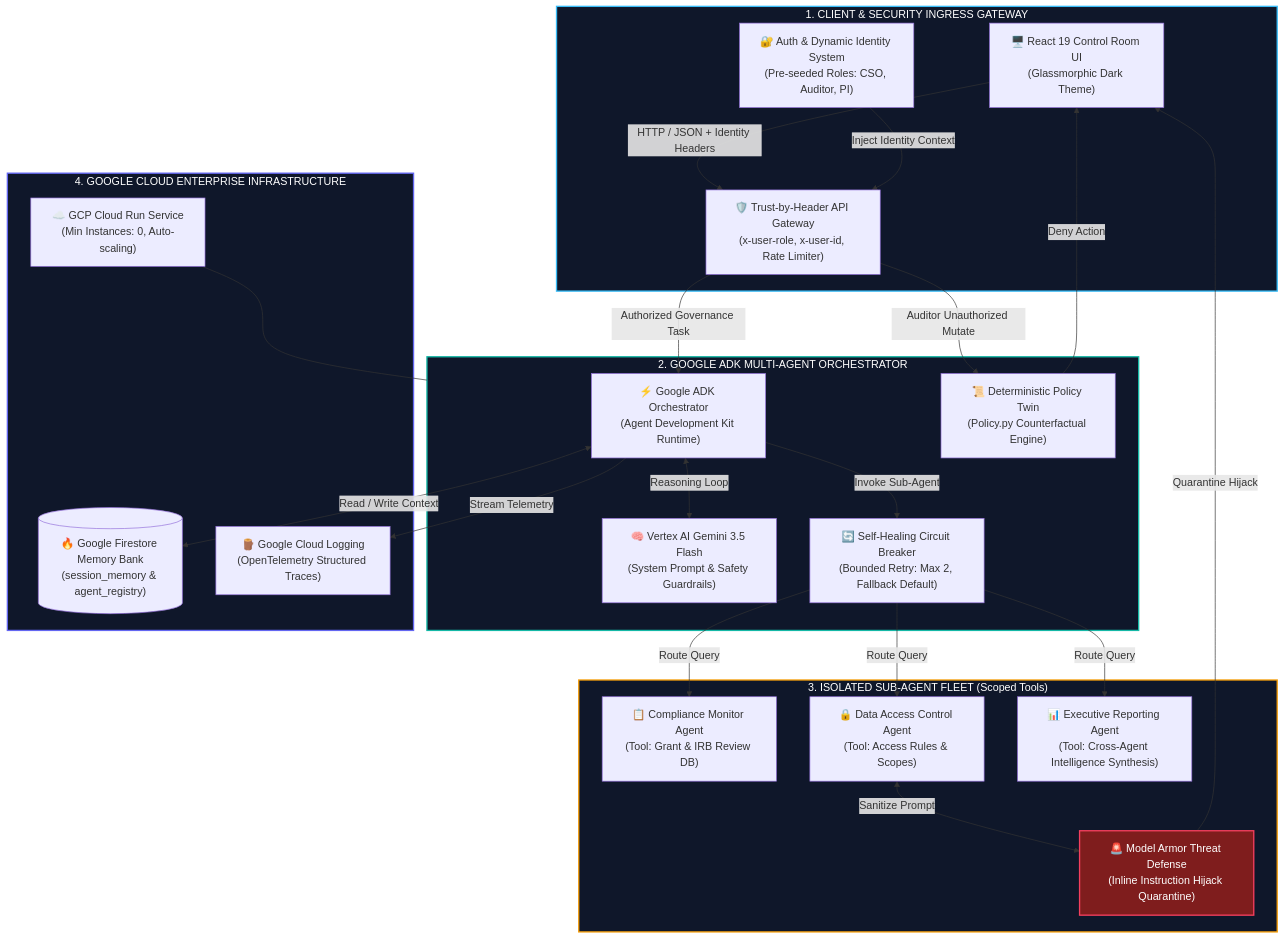
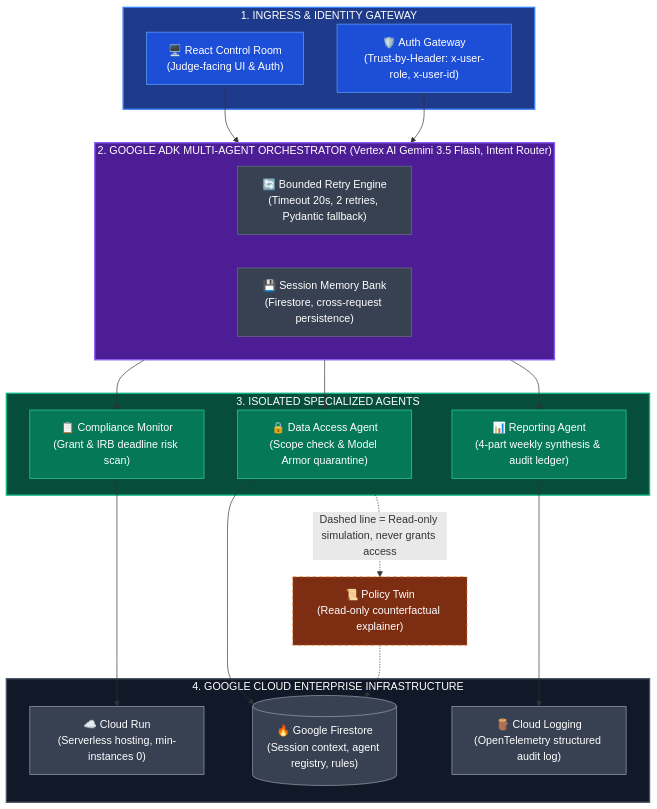
The diagram in ARCHITECTURE.md (madhavanpcse2024/SentinelMesh-Governance-Platform), drawn with Mermaid before and after one commit. The commit also changed other lines of this file and 3 other files, not shown here.

Commit message:
docs(arch): upgrade system architecture diagram to 10/10 masterwork design

````diff
--- a/ARCHITECTURE.md
+++ b/ARCHITECTURE.md
@@ -17,67 +17,63 @@
 ```mermaid
 flowchart TD
-  %% --------------------------------------------------
-  %% LAYER 1: CLIENT & INGRESS GATEWAY
-  %% --------------------------------------------------
-  subgraph L1["1. CLIENT & SECURITY INGRESS GATEWAY"]
-    UI["🖥️ React 19 Control Room UI\n(Glassmorphic Dark Theme)"]
-    AUTH["🔐 Auth & Dynamic Identity System\n(Pre-seeded Roles: CSO, Auditor, PI)"]
-    GATEWAY["🛡️ Trust-by-Header API Gateway\n(x-user-role, x-user-id, Rate Limiter)"]
+  %% LAYER 1: FRONTEND & GATEWAY
+  subgraph TIER1["1. INGRESS & IDENTITY GATEWAY"]
+    UI["🖥️ React Control Room\n(Judge-facing UI & Auth)"]
+    AUTH["🛡️ Auth Gateway\n(Trust-by-Header: x-user-role, x-user-id)"]
   end
 
-  %% --------------------------------------------------
-  %% LAYER 2: ORCHESTRATION & REASONING ENGINE
-  %% --------------------------------------------------
-  subgraph L2["2. GOOGLE ADK MULTI-AGENT ORCHESTRATOR"]
-    ORCH["⚡ Google ADK Orchestrator\n(Agent Development Kit Runtime)"]
-    LLM["🧠 Vertex AI Gemini 3.5 Flash\n(System Prompt & Safety Guardrails)"]
-    CIRCUIT["🔄 Self-Healing Circuit Breaker\n(Bounded Retry: Max 2, Fallback Default)"]
-    POLICY["📜 Deterministic Policy Twin\n(Policy.py Counterfactual Engine)"]
+  %% LAYER 2: ORCHESTRATOR & MEMORY
+  subgraph ADK["2. GOOGLE ADK MULTI-AGENT ORCHESTRATOR (Vertex AI Gemini 3.5 Flash, Intent Router)"]
+    RETRY["🔄 Bounded Retry Engine\n(Timeout 20s, 2 retries, Pydantic fallback)"]
+    MEMORY["💾 Session Memory Bank\n(Firestore, cross-request persistence)"]
   end
 
-  %% --------------------------------------------------
-  %% LAYER 3: ISOLATED SPECIALIZED AGENT FLEET
-  %% --------------------------------------------------
-  subgraph L3["3. ISOLATED SUB-AGENT FLEET (Scoped Tools)"]
-    COMP_AGENT["📋 Compliance Monitor Agent\n(Tool: Grant & IRB Review DB)"]
-    DATA_AGENT["🔒 Data Access Control Agent\n(Tool: Access Rules & Scopes)"]
-    ARMOR["🚨 Model Armor Threat Defense\n(Inline Instruction Hijack Quarantine)"]
-    REPORT_AGENT["📊 Executive Reporting Agent\n(Tool: Cross-Agent Intelligence Synthesis)"]
+  %% LAYER 3: SUB-AGENTS & POLICY TWIN
+  subgraph SUBAGENTS["3. ISOLATED SPECIALIZED AGENTS"]
+    COMP["📋 Compliance Monitor\n(Grant & IRB deadline risk scan)"]
+    DATA["🔒 Data Access Agent\n(Scope check & Model Armor quarantine)"]
+    REPORT["📊 Reporting Agent\n(4-part weekly synthesis & audit ledger)"]
   end
 
-  %% --------------------------------------------------
-  %% LAYER 4: GOOGLE CLOUD INFRASTRUCTURE
-  %% --------------------------------------------------
-  subgraph L4["4. GOOGLE CLOUD ENTERPRISE INFRASTRUCTURE"]
-    RUN["☁️ GCP Cloud Run Service\n(Min Instances: 0, Auto-scaling)"]
-    FIRESTORE[("🔥 Google Firestore Memory Bank\n(session_memory & agent_registry)")]
-    LOGGING["🪵 Google Cloud Logging\n(OpenTelemetry Structured Traces)"]
+  TWIN["📜 Policy Twin\n(Read-only counterfactual explainer)"]
+
+  %% LAYER 4: CLOUD INFRASTRUCTURE
+  subgraph INFRA["4. GOOGLE CLOUD ENTERPRISE INFRASTRUCTURE"]
+    RUN["☁️ Cloud Run\n(Serverless hosting, min-instances 0)"]
+    DB[("🔥 Google Firestore\n(Session context, agent registry, rules)")]
+    LOGS["🪵 Cloud Logging\n(OpenTelemetry structured audit log)"]
   end
 
-  %% CONNECTIONS & FLOWS
-  UI -->|HTTP / JSON + Identity Headers| GATEWAY
-  AUTH -->|Inject Identity Context| GATEWAY
-  GATEWAY -->|Authorized Governance Task| ORCH
-  GATEWAY -->|Auditor Unauthorized Mutate| POLICY
-  POLICY -->|Deny Action| UI
+  %% FLOW CONNECTIONS
+  UI --> ADK
+  AUTH --> ADK
+  ADK --> COMP
+  ADK --> DATA
+  ADK --> REPORT
+  DATA -.->|Dashed line = Read-only simulation, never grants access| TWIN
+  COMP --> RUN
+  DATA --> DB
+  REPORT --> LOGS
+  TWIN -.-> DB
 
-  ORCH <-->|Reasoning Loop| LLM
-  ORCH -->|Invoke Sub-Agent| CIRCUIT
-  CIRCUIT -->|Route Query| COMP_AGENT
-  CIRCUIT -->|Route Query| DATA_AGENT
-  CIRCUIT -->|Route Query| REPORT_AGENT
+  %% STYLING TO MATCH REFERENCE
+  style TIER1 fill:#1e3a8a,stroke:#3b82f6,stroke-width:2px,color:#fff
+  style UI fill:#1d4ed8,stroke:#60a5fa,color:#fff
+  style AUTH fill:#1d4ed8,stroke:#60a5fa,color:#fff
 
-  DATA_AGENT <-->|Sanitize Prompt| ARMOR
-  ARMOR -->|Quarantine Hijack| UI
+  style ADK fill:#4c1d95,stroke:#8b5cf6,stroke-width:2px,color:#fff
+  style RETRY fill:#374151,stroke:#6b7280,color:#fff
+  style MEMORY fill:#374151,stroke:#6b7280,color:#fff
 
-  ORCH <-->|Read / Write Context| FIRESTORE
-  ORCH -->|Stream Telemetry| LOGGING
-  RUN --- L2
-  RUN --- L4
+  style SUBAGENTS fill:#064e3b,stroke:#10b981,stroke-width:2px,color:#fff
+  style COMP fill:#047857,stroke:#34d399,color:#fff
+  style DATA fill:#047857,stroke:#34d399,color:#fff
+  style REPORT fill:#047857,stroke:#34d399,color:#fff
 
-  style L1 fill:#0f172a,stroke:#38bdf8,stroke-width:2px,color:#fff
-  style L2 fill:#0f172a,stroke:#14b8a6,stroke-width:2px,color:#fff
-  style L3 fill:#0f172a,stroke:#f59e0b,stroke-width:2px,color:#fff
-  style L4 fill:#0f172a,stroke:#6366f1,stroke-width:2px,color:#fff
-  style ARMOR fill:#7f1d1d,stroke:#f43f5e,stroke-width:2px,color:#fff
+  style TWIN fill:#7c2d12,stroke:#f97316,stroke-dasharray: 5 5,color:#fff
+
+  style INFRA fill:#111827,stroke:#4b5563,stroke-width:2px,color:#fff
+  style RUN fill:#374151,stroke:#9ca3af,color:#fff
+  style DB fill:#374151,stroke:#9ca3af,color:#fff
+  style LOGS fill:#374151,stroke:#9ca3af,color:#fff
 ```
````
